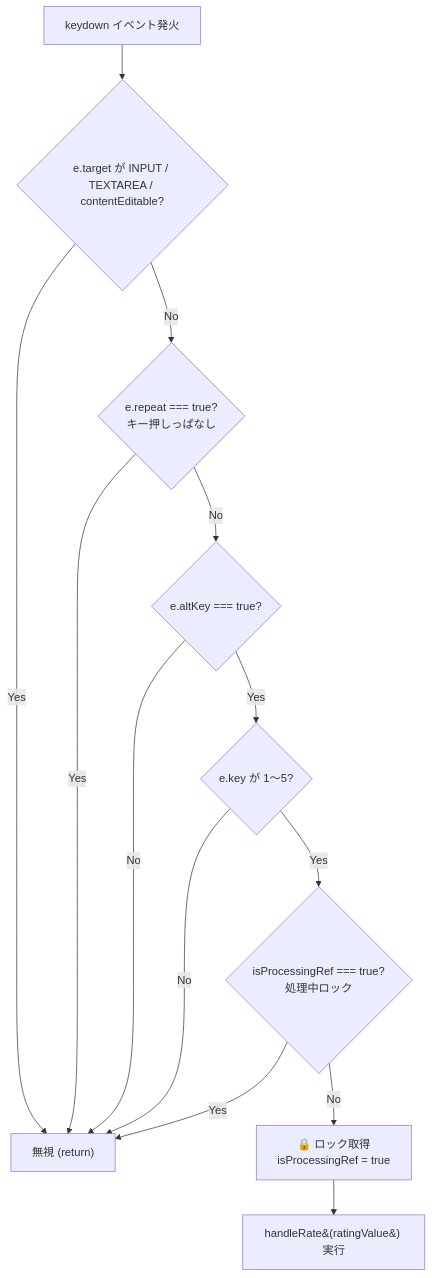
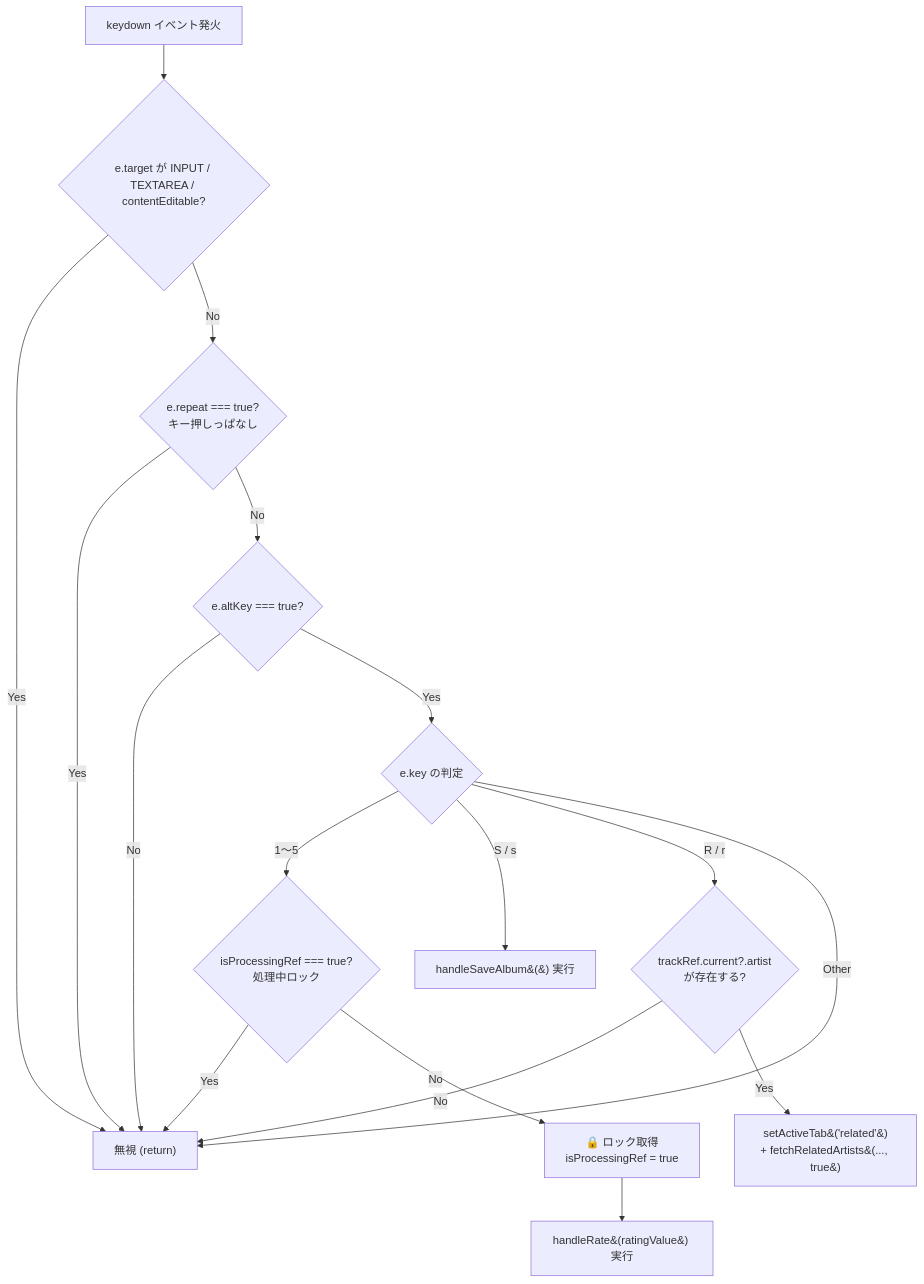
One commit to KazuMaru4141/music_web_app changed the first of 8 diagrams in docs/design/FUNC-001_diagrams.md. Above: the diagram before and after it, drawn with Mermaid. The commit also changed other lines of this file and 2 other files, not shown here.

Commit message:
docs: Add design diagrams and specifications for FUNC-001 (rate and save) and FUNC-002 (related discovery).

````diff
--- a/docs/design/FUNC-001_diagrams.md
+++ b/docs/design/FUNC-001_diagrams.md
@@ -15,15 +15,19 @@
 ```mermaid
 flowchart TD
     A["keydown イベント発火"] --> B{"e.target が INPUT / TEXTAREA / contentEditable?"}
     B -->|Yes| Z["無視 (return)"]
     B -->|No| C{"e.repeat === true?<br/>キー押しっぱなし"}
     C -->|Yes| Z
     C -->|No| D{"e.altKey === true?"}
     D -->|No| Z
-    D -->|Yes| E{"e.key が 1〜5?"}
-    E -->|No| Z
-    E -->|Yes| F{"isProcessingRef === true?<br/>処理中ロック"}
+    D -->|Yes| E{"e.key の判定"}
+    E -->|"1〜5"| F{"isProcessingRef === true?<br/>処理中ロック"}
     F -->|Yes| Z
     F -->|No| G["🔒 ロック取得<br/>isProcessingRef = true"]
     G --> H["handleRate&#40;ratingValue&#41; 実行"]
+    E -->|"S / s"| I["handleSaveAlbum&#40;&#41; 実行"]
+    E -->|"R / r"| J{"trackRef.current?.artist<br/>が存在する?"}
+    J -->|No| Z
+    J -->|Yes| K["setActiveTab&#40;'related'&#41;<br/>+ fetchRelatedArtists&#40;..., true&#41;"]
+    E -->|Other| Z
 ```
````
